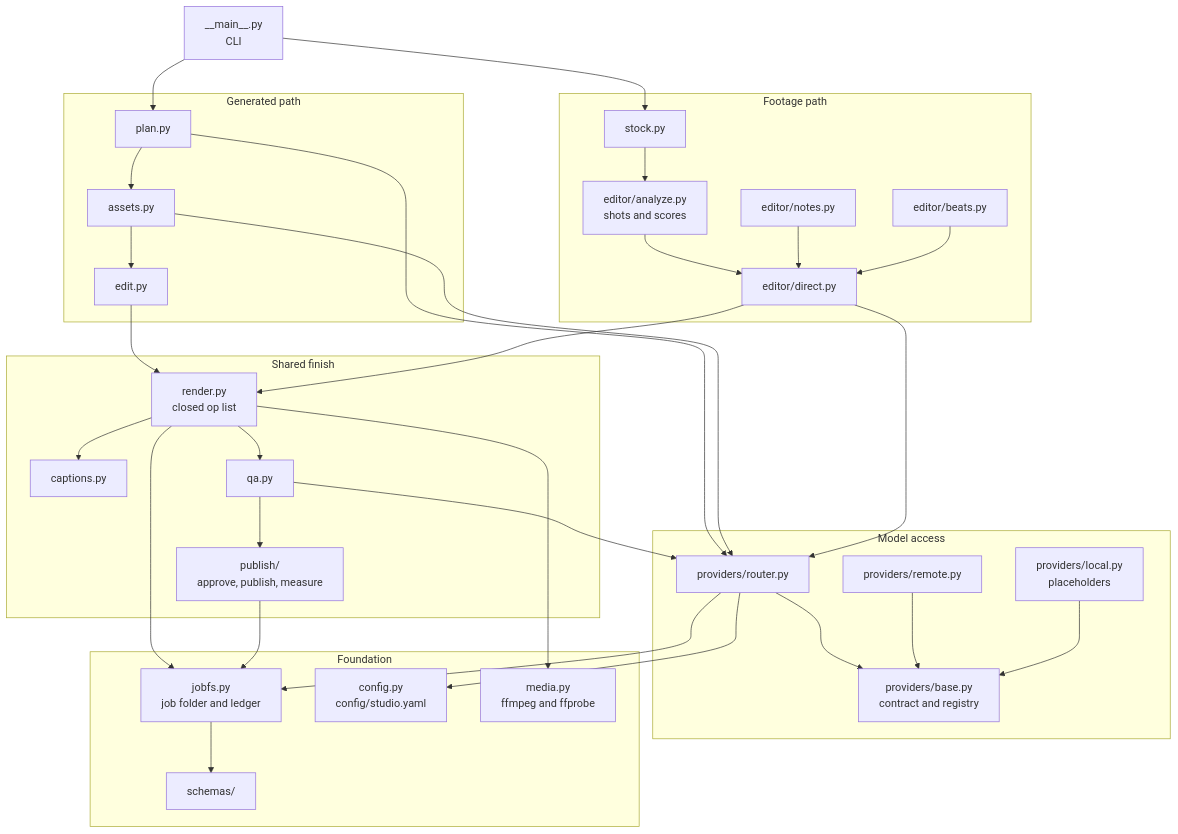
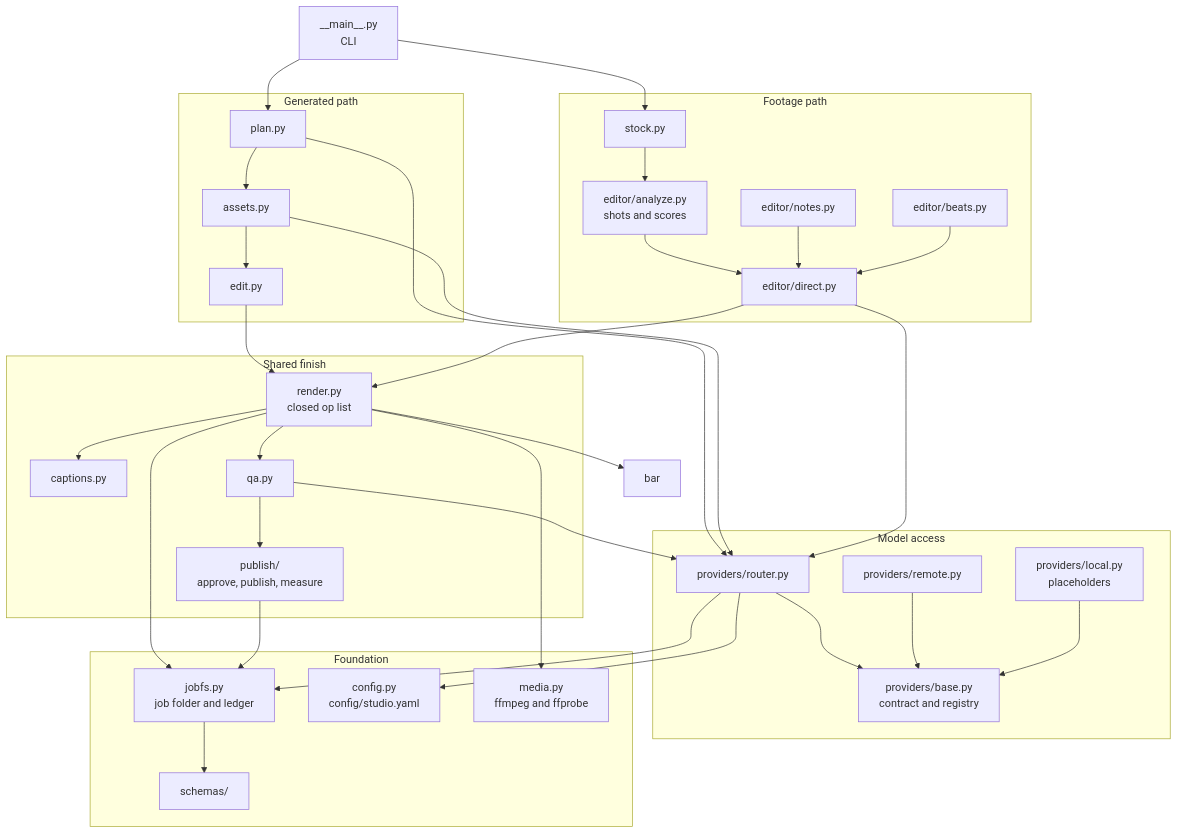
Before and after one commit to kaiverse-io/kalainova: the third of 10 diagrams in ARCHITECTURE.md, drawn with Mermaid. The commit also changed 5 other files, not shown here.

````diff
--- a/ARCHITECTURE.md
+++ b/ARCHITECTURE.md
@@ -100,61 +100,62 @@
 ```mermaid
 flowchart TB
     cli["__main__.py<br/>CLI"]
 
     subgraph generated["Generated path"]
         plan["plan.py"]
         assets["assets.py"]
         edit["edit.py"]
     end
 
     subgraph footage["Footage path"]
         stockmod["stock.py"]
         analyze["editor/analyze.py<br/>shots and scores"]
         direct["editor/direct.py"]
         notes["editor/notes.py"]
         beats["editor/beats.py"]
     end
 
     subgraph finish["Shared finish"]
         render["render.py<br/>closed op list"]
         captions["captions.py"]
         qa["qa.py"]
         publish["publish/<br/>approve, publish, measure"]
     end
 
     subgraph access["Model access"]
         router["providers/router.py"]
         base["providers/base.py<br/>contract and registry"]
         remote["providers/remote.py"]
         local["providers/local.py<br/>placeholders"]
     end
 
     subgraph foundation["Foundation"]
         jobfs["jobfs.py<br/>job folder and ledger"]
         config["config.py<br/>config/studio.yaml"]
         media["media.py<br/>ffmpeg and ffprobe"]
         schemas["schemas/"]
     end
 
     cli --> plan --> assets --> edit --> render
     cli --> stockmod --> analyze --> direct --> render
     notes --> direct
     beats --> direct
     render --> captions
     render --> qa --> publish
 
     plan --> router
     assets --> router
     direct --> router
     qa --> router
     router --> base
     remote --> base
     local --> base
 
     router --> jobfs
     render --> jobfs
     publish --> jobfs
     jobfs --> schemas
     router --> config
     render --> media
+    render --> bar
 ```
````
